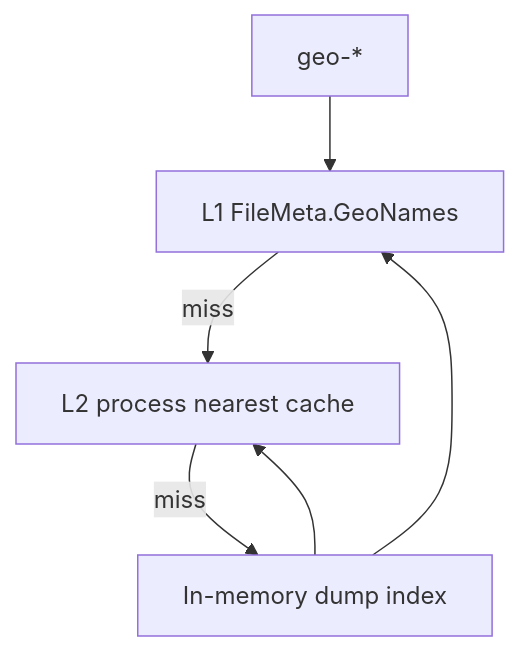
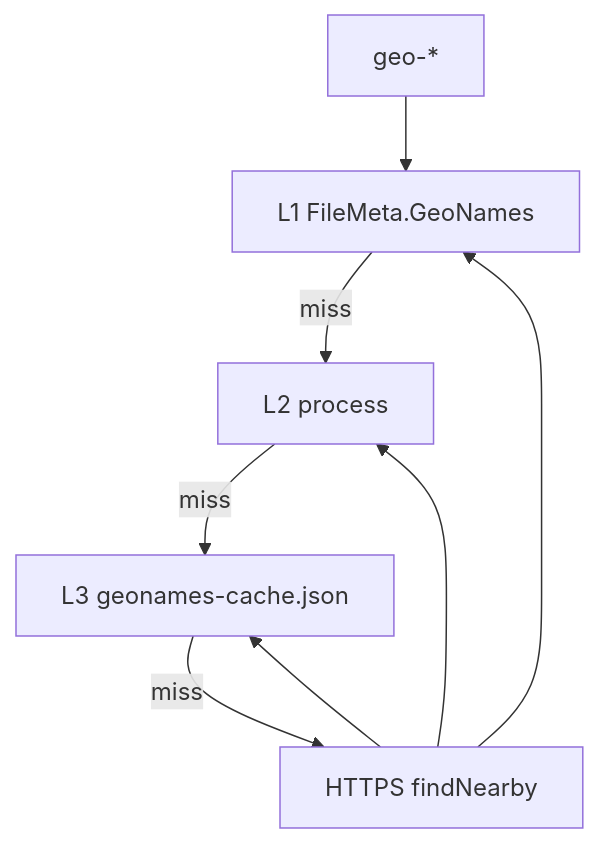
The first of 2 diagrams in docs/plans/typed-gps-geonames.plan.md (davidohana/finebytes), drawn with Mermaid before and after one commit. The commit also changed other lines of this file, not shown here.

````diff
--- a/docs/plans/typed-gps-geonames.plan.md
+++ b/docs/plans/typed-gps-geonames.plan.md
@@ -207,8 +86,10 @@
 ```mermaid
 flowchart TD
   token["geo-*"] --> row["L1 FileMeta.GeoNames"]
-  row -->|miss| mem["L2 process nearest cache"]
-  mem -->|miss| index["In-memory dump index"]
-  index --> row
-  index --> mem
+  row -->|miss| mem["L2 process"]
+  mem -->|miss| disk["L3 geonames-cache.json"]
+  disk -->|miss| api["HTTPS findNearby"]
+  api --> disk
+  api --> mem
+  api --> row
 ```
````
